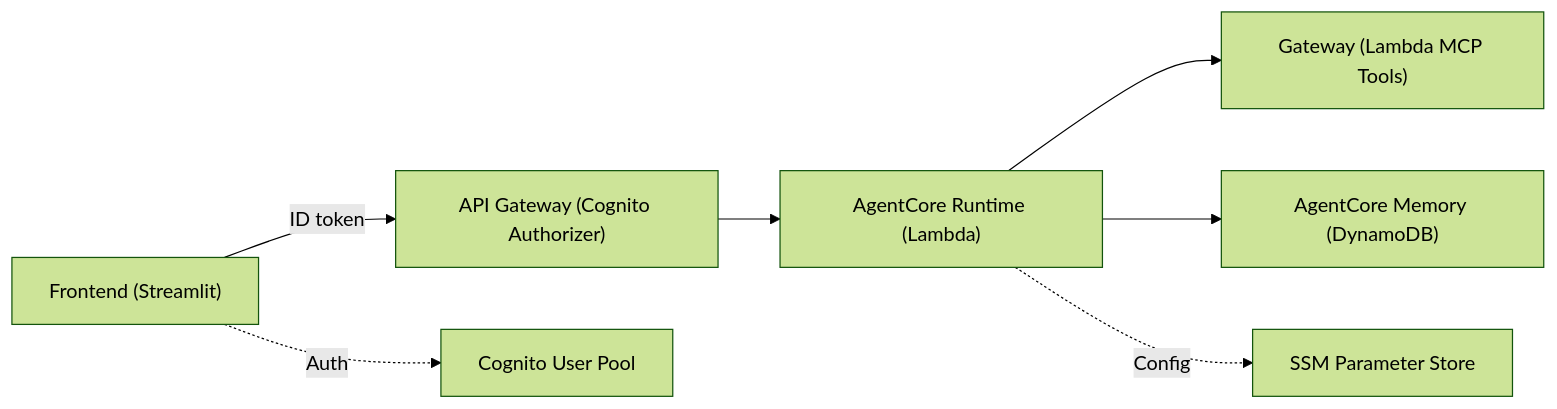
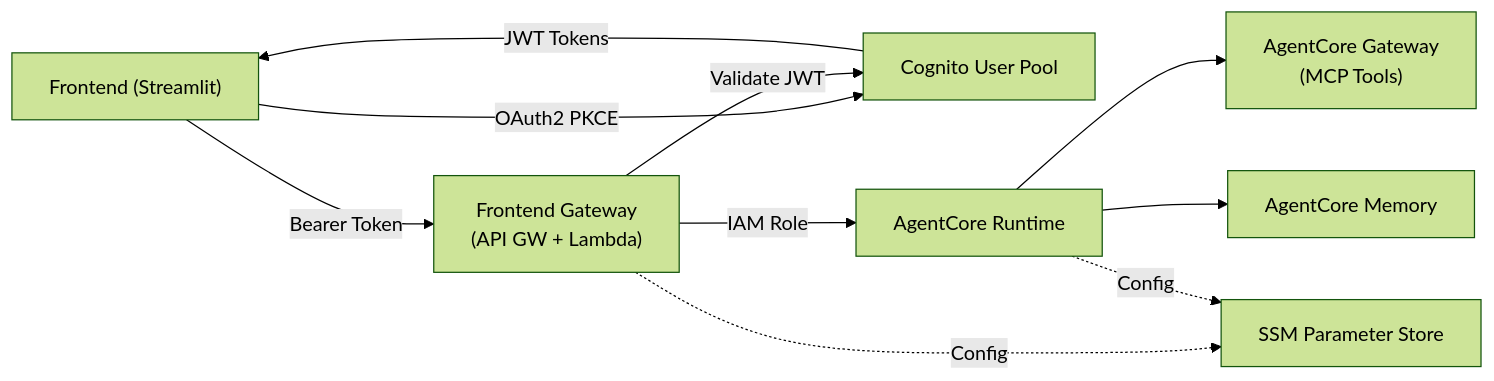
The diagram in README.md (Kornienkoal/aws-agentcore-enterprise-toolkit), drawn with Mermaid (forest theme) before and after one commit. The commit also changed other lines of this file and 3 other files, not shown here.

Commit message:
feat: Update architecture diagrams to reflect Frontend Gateway integration and JWT validation flow

````diff
--- a/README.md
+++ b/README.md
@@ -38,9 +38,12 @@
 ```mermaid
 flowchart LR
-	FE["Frontend (Streamlit)"] -->|ID token| APIGW["API Gateway (Cognito Authorizer)"]
-	APIGW --> RUNTIME["AgentCore Runtime (Lambda)"]
-	RUNTIME --> GWT["Gateway (Lambda MCP Tools)"]
-	RUNTIME --> MEM["AgentCore Memory (DynamoDB)"]
-	FE -. "Auth" .-> COG["Cognito User Pool"]
-	RUNTIME -. "Config" .-> SSM["SSM Parameter Store"]
+	FE["Frontend (Streamlit)"] -->|OAuth2 PKCE| COG["Cognito User Pool"]
+	COG -->|JWT Tokens| FE
+	FE -->|Bearer Token| FEGW["Frontend Gateway\n(API GW + Lambda)"]
+	FEGW -->|Validate JWT| COG
+	FEGW -->|IAM Role| RUNTIME["AgentCore Runtime"]
+	RUNTIME --> GWT["AgentCore Gateway\n(MCP Tools)"]
+	RUNTIME --> MEM["AgentCore Memory"]
+	FEGW -. "Config" .-> SSM["SSM Parameter Store"]
+	RUNTIME -. "Config" .-> SSM
 ```
````
